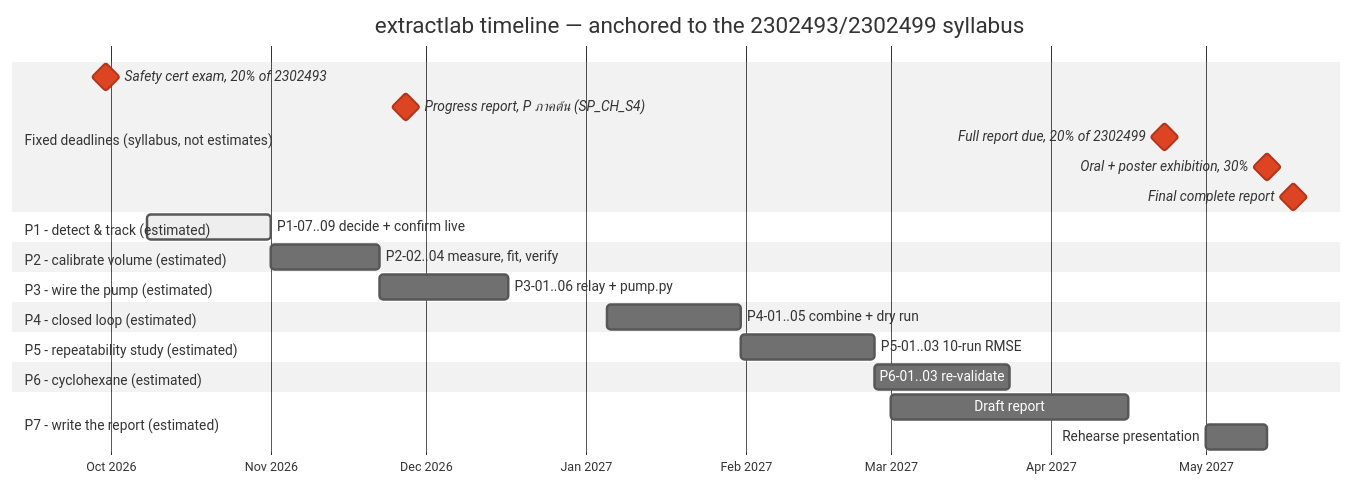
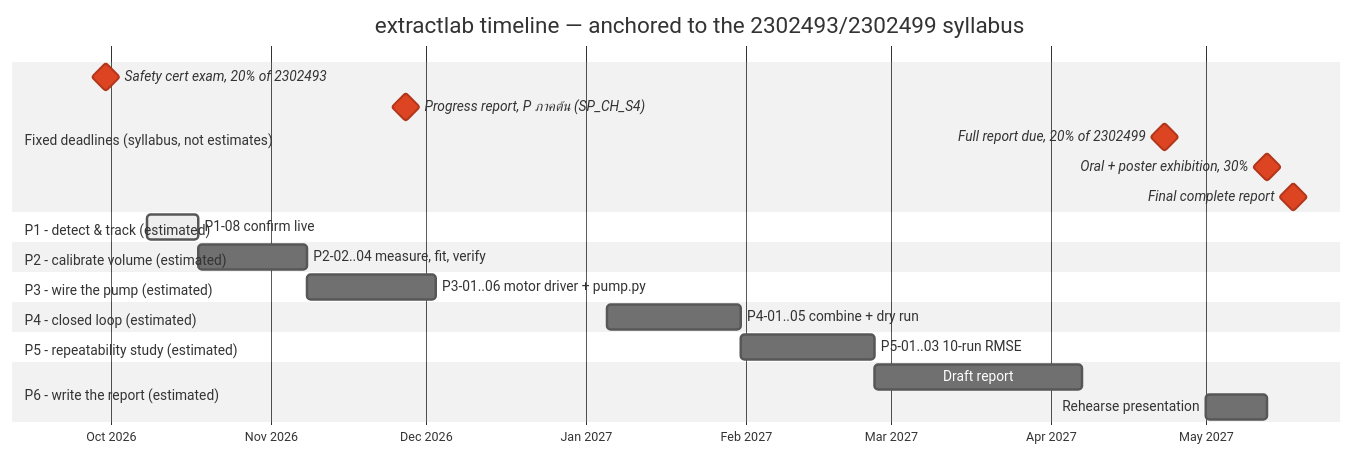
Before and after one commit to Cherrpxp/extractlab: the second of 2 diagrams in README.md, drawn with Mermaid (neutral theme). The commit also changed other lines of this file, not shown here.

````diff
--- a/README.md
+++ b/README.md
@@ -72,35 +74,32 @@
 ```mermaid
 gantt
     title extractlab timeline — anchored to the 2302493/2302499 syllabus
     dateFormat YYYY-MM-DD
     axisFormat %b %Y
 
     section Fixed deadlines (syllabus, not estimates)
     Safety cert exam, 20% of 2302493        :crit, milestone, dl1, 2026-09-30, 0d
     Progress report, P ภาคต้น (SP_CH_S4)     :crit, milestone, dl2, 2026-11-27, 0d
     Full report due, 20% of 2302499         :crit, milestone, dl3, 2027-04-23, 0d
     Oral + poster exhibition, 30%           :crit, milestone, dl4, 2027-05-13, 0d
     Final complete report                   :crit, milestone, dl5, 2027-05-18, 0d
 
     section P1 - detect & track (estimated)
-    P1-07..09 decide + confirm live         :active, p1, 2026-10-08, 24d
+    P1-08 confirm live                      :active, p1, 2026-10-08, 10d
 
     section P2 - calibrate volume (estimated)
     P2-02..04 measure, fit, verify          :p2, after p1, 21d
 
     section P3 - wire the pump (estimated)
-    P3-01..06 relay + pump.py               :p3, after p2, 25d
+    P3-01..06 motor driver + pump.py        :p3, after p2, 25d
 
     section P4 - closed loop (estimated)
     P4-01..05 combine + dry run             :p4, 2027-01-05, 26d
 
     section P5 - repeatability study (estimated)
     P5-01..03 10-run RMSE                   :p5, after p4, 26d
 
-    section P6 - cyclohexane (estimated)
-    P6-01..03 re-validate                   :p6, after p5, 26d
-
-    section P7 - write the report (estimated)
-    Draft report                            :p7, 2027-03-01, 2027-04-16
-    Rehearse presentation                   :p7b, 2027-05-01, 12d
+    section P6 - write the report (estimated)
+    Draft report                            :p6, after p5, 40d
+    Rehearse presentation                   :p6b, 2027-05-01, 12d
 ```
````
